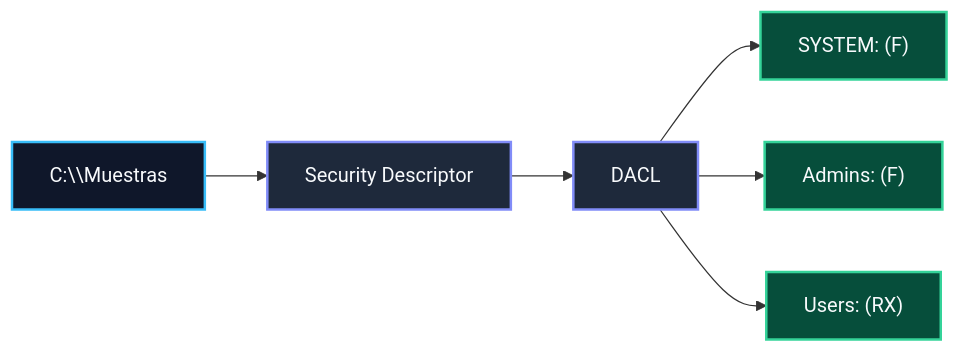
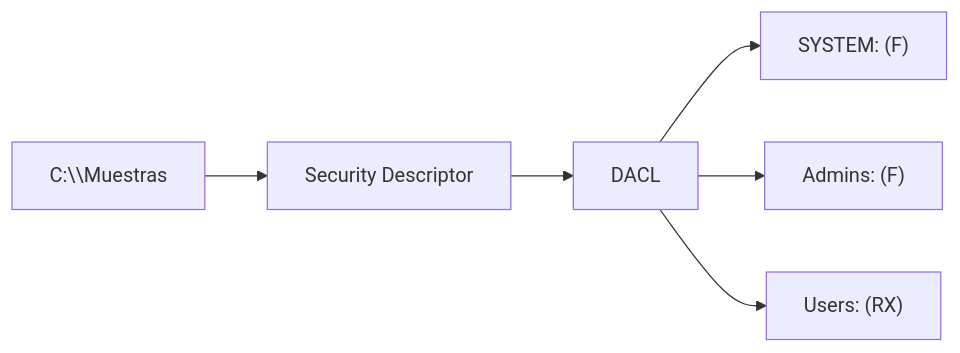
Before and after one commit to purpesec/Cybersecurity-For-Beginners: the sixth of 7 diagrams in malware-analysis/01-arquitectura-windows-directorios-y-permisos/README.md, drawn with Mermaid. The commit also changed other lines of this file and 4 other files, not shown here.

Commit message:
style: remover classDef y colores personalizados para usar estilo nativo estandar de Mermaid

````diff
--- a/malware-analysis/01-arquitectura-windows-directorios-y-permisos/README.md
+++ b/malware-analysis/01-arquitectura-windows-directorios-y-permisos/README.md
@@ -205,11 +188,7 @@
 ```mermaid
 flowchart LR
-    classDef dir fill:#0f172a,stroke:#38bdf8,stroke-width:2px,color:#f8fafc;
-    classDef acl fill:#1e293b,stroke:#818cf8,stroke-width:2px,color:#f8fafc;
-    classDef ace fill:#064e3b,stroke:#34d399,stroke-width:2px,color:#f8fafc;
-
-    DIR["C:\\Muestras"]:::dir --> SD["Security Descriptor"]:::acl --> DACL["DACL"]:::acl
-    DACL --> ACE1["SYSTEM: (F)"]:::ace
-    DACL --> ACE2["Admins: (F)"]:::ace
-    DACL --> ACE3["Users: (RX)"]:::ace
+    DIR["C:\\Muestras"] --> SD["Security Descriptor"] --> DACL["DACL"]
+    DACL --> ACE1["SYSTEM: (F)"]
+    DACL --> ACE2["Admins: (F)"]
+    DACL --> ACE3["Users: (RX)"]
 ```
````
